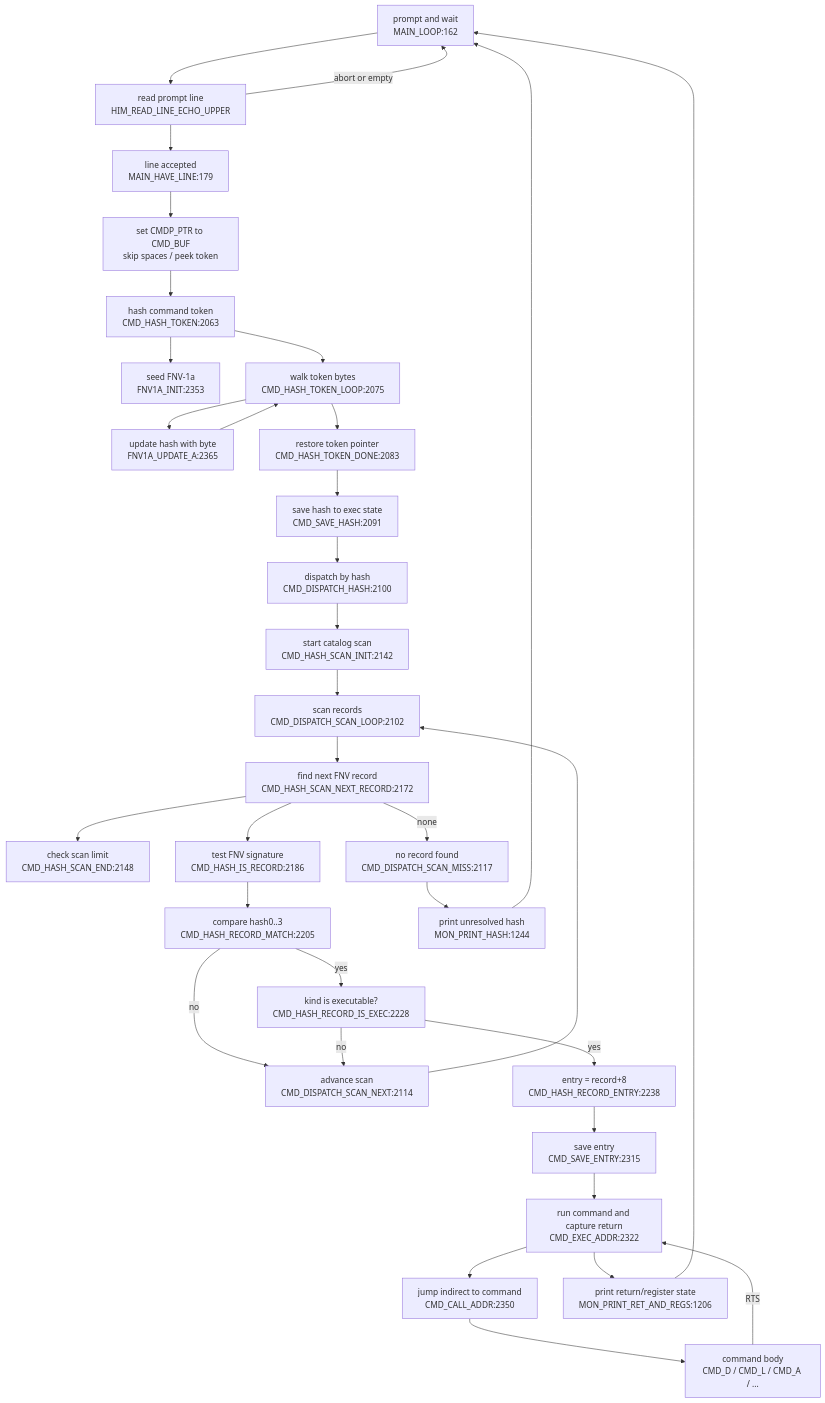
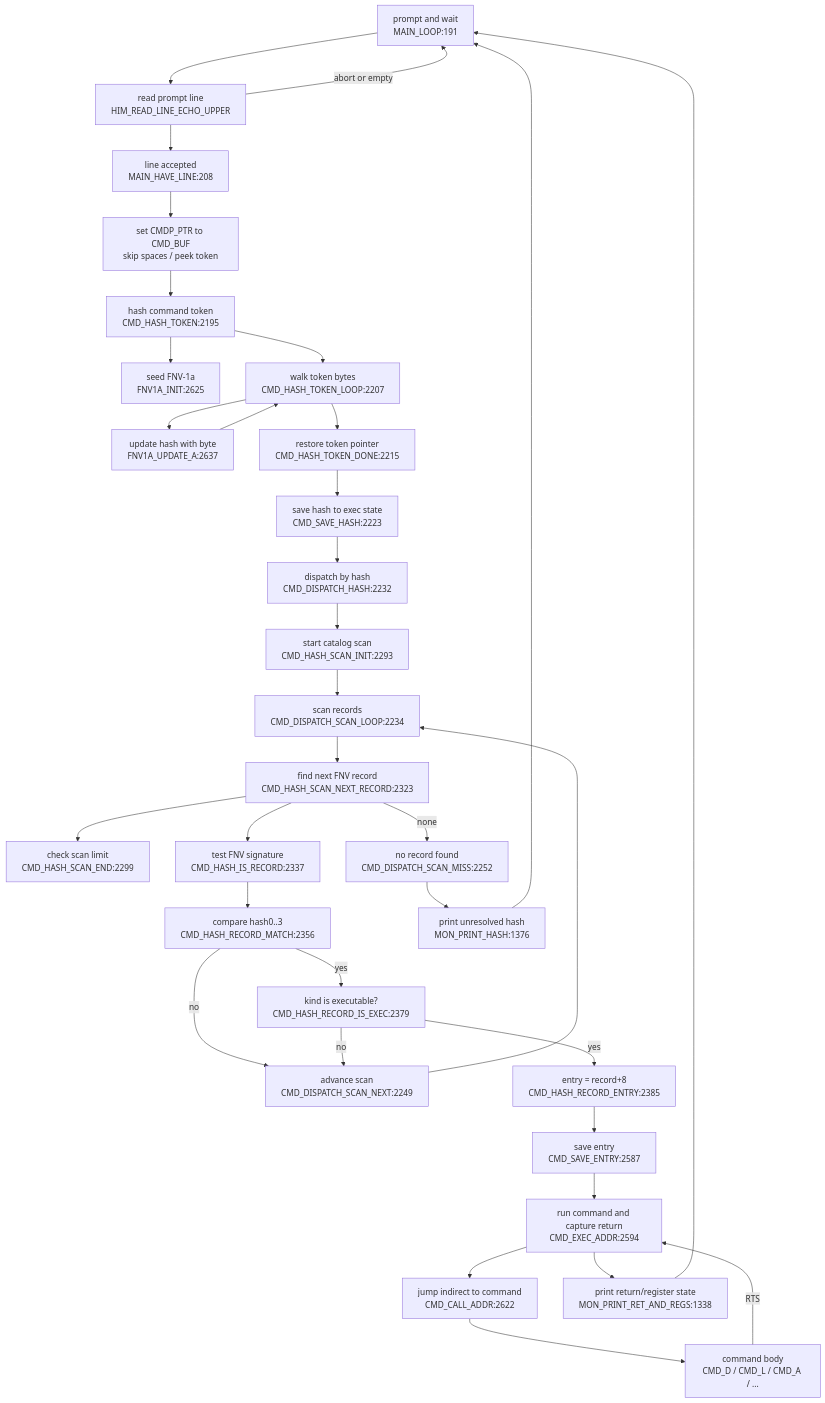
The diagram in DOC/GENERATED/CMD_FLOW_MAP.md (95westus/R-YORS), drawn with Mermaid before and after one commit. The commit also changed other lines of this file and 97 other files, not shown here.

````diff
--- a/DOC/GENERATED/CMD_FLOW_MAP.md
+++ b/DOC/GENERATED/CMD_FLOW_MAP.md
@@ -10,36 +10,36 @@
 ```mermaid
 flowchart TD
-    LOOP["prompt and wait<br/>MAIN_LOOP:162"] --> READ["read prompt line<br/>HIM_READ_LINE_ECHO_UPPER"]
-    READ --> HAVE["line accepted<br/>MAIN_HAVE_LINE:179"]
+    LOOP["prompt and wait<br/>MAIN_LOOP:191"] --> READ["read prompt line<br/>HIM_READ_LINE_ECHO_UPPER"]
+    READ --> HAVE["line accepted<br/>MAIN_HAVE_LINE:208"]
     READ -->|abort or empty| LOOP
     HAVE --> PREP["set CMDP_PTR to CMD_BUF<br/>skip spaces / peek token"]
-    PREP --> HASH["hash command token<br/>CMD_HASH_TOKEN:2063"]
-    HASH --> FNVINIT["seed FNV-1a<br/>FNV1A_INIT:2353"]
-    HASH --> HASHLOOP["walk token bytes<br/>CMD_HASH_TOKEN_LOOP:2075"]
-    HASHLOOP --> UPDATE["update hash with byte<br/>FNV1A_UPDATE_A:2365"]
+    PREP --> HASH["hash command token<br/>CMD_HASH_TOKEN:2195"]
+    HASH --> FNVINIT["seed FNV-1a<br/>FNV1A_INIT:2625"]
+    HASH --> HASHLOOP["walk token bytes<br/>CMD_HASH_TOKEN_LOOP:2207"]
+    HASHLOOP --> UPDATE["update hash with byte<br/>FNV1A_UPDATE_A:2637"]
     UPDATE --> HASHLOOP
-    HASHLOOP --> DONE["restore token pointer<br/>CMD_HASH_TOKEN_DONE:2083"]
-    DONE --> SAVEHASH["save hash to exec state<br/>CMD_SAVE_HASH:2091"]
-    SAVEHASH --> DISPATCH["dispatch by hash<br/>CMD_DISPATCH_HASH:2100"]
-    DISPATCH --> SCANINIT["start catalog scan<br/>CMD_HASH_SCAN_INIT:2142"]
-    SCANINIT --> SCANLOOP["scan records<br/>CMD_DISPATCH_SCAN_LOOP:2102"]
-    SCANLOOP --> NEXTREC["find next FNV record<br/>CMD_HASH_SCAN_NEXT_RECORD:2172"]
-    NEXTREC --> ENDCHK["check scan limit<br/>CMD_HASH_SCAN_END:2148"]
-    NEXTREC --> ISREC["test FNV signature<br/>CMD_HASH_IS_RECORD:2186"]
-    NEXTREC -->|none| MISS["no record found<br/>CMD_DISPATCH_SCAN_MISS:2117"]
-    ISREC --> MATCH["compare hash0..3<br/>CMD_HASH_RECORD_MATCH:2205"]
-    MATCH -->|no| ADV["advance scan<br/>CMD_DISPATCH_SCAN_NEXT:2114"]
+    HASHLOOP --> DONE["restore token pointer<br/>CMD_HASH_TOKEN_DONE:2215"]
+    DONE --> SAVEHASH["save hash to exec state<br/>CMD_SAVE_HASH:2223"]
+    SAVEHASH --> DISPATCH["dispatch by hash<br/>CMD_DISPATCH_HASH:2232"]
+    DISPATCH --> SCANINIT["start catalog scan<br/>CMD_HASH_SCAN_INIT:2293"]
+    SCANINIT --> SCANLOOP["scan records<br/>CMD_DISPATCH_SCAN_LOOP:2234"]
+    SCANLOOP --> NEXTREC["find next FNV record<br/>CMD_HASH_SCAN_NEXT_RECORD:2323"]
+    NEXTREC --> ENDCHK["check scan limit<br/>CMD_HASH_SCAN_END:2299"]
+    NEXTREC --> ISREC["test FNV signature<br/>CMD_HASH_IS_RECORD:2337"]
+    NEXTREC -->|none| MISS["no record found<br/>CMD_DISPATCH_SCAN_MISS:2252"]
+    ISREC --> MATCH["compare hash0..3<br/>CMD_HASH_RECORD_MATCH:2356"]
+    MATCH -->|no| ADV["advance scan<br/>CMD_DISPATCH_SCAN_NEXT:2249"]
     ADV --> SCANLOOP
-    MATCH -->|yes| EXECOK["kind is executable?<br/>CMD_HASH_RECORD_IS_EXEC:2228"]
+    MATCH -->|yes| EXECOK["kind is executable?<br/>CMD_HASH_RECORD_IS_EXEC:2379"]
     EXECOK -->|no| ADV
-    EXECOK -->|yes| ENTRY["entry = record+8<br/>CMD_HASH_RECORD_ENTRY:2238"]
-    ENTRY --> SAVEENTRY["save entry<br/>CMD_SAVE_ENTRY:2315"]
-    SAVEENTRY --> RUN["run command and capture return<br/>CMD_EXEC_ADDR:2322"]
-    RUN --> CALL["jump indirect to command<br/>CMD_CALL_ADDR:2350"]
+    EXECOK -->|yes| ENTRY["entry = record+8<br/>CMD_HASH_RECORD_ENTRY:2385"]
+    ENTRY --> SAVEENTRY["save entry<br/>CMD_SAVE_ENTRY:2587"]
+    SAVEENTRY --> RUN["run command and capture return<br/>CMD_EXEC_ADDR:2594"]
+    RUN --> CALL["jump indirect to command<br/>CMD_CALL_ADDR:2622"]
     CALL --> BODY["command body<br/>CMD_D / CMD_L / CMD_A / ..."]
     BODY -->|RTS| RUN
-    RUN --> RETPRINT["print return/register state<br/>MON_PRINT_RET_AND_REGS:1206"]
+    RUN --> RETPRINT["print return/register state<br/>MON_PRINT_RET_AND_REGS:1338"]
     RETPRINT --> LOOP
-    MISS --> PRHASH["print unresolved hash<br/>MON_PRINT_HASH:1244"]
+    MISS --> PRHASH["print unresolved hash<br/>MON_PRINT_HASH:1376"]
     PRHASH --> LOOP
 ```
````
